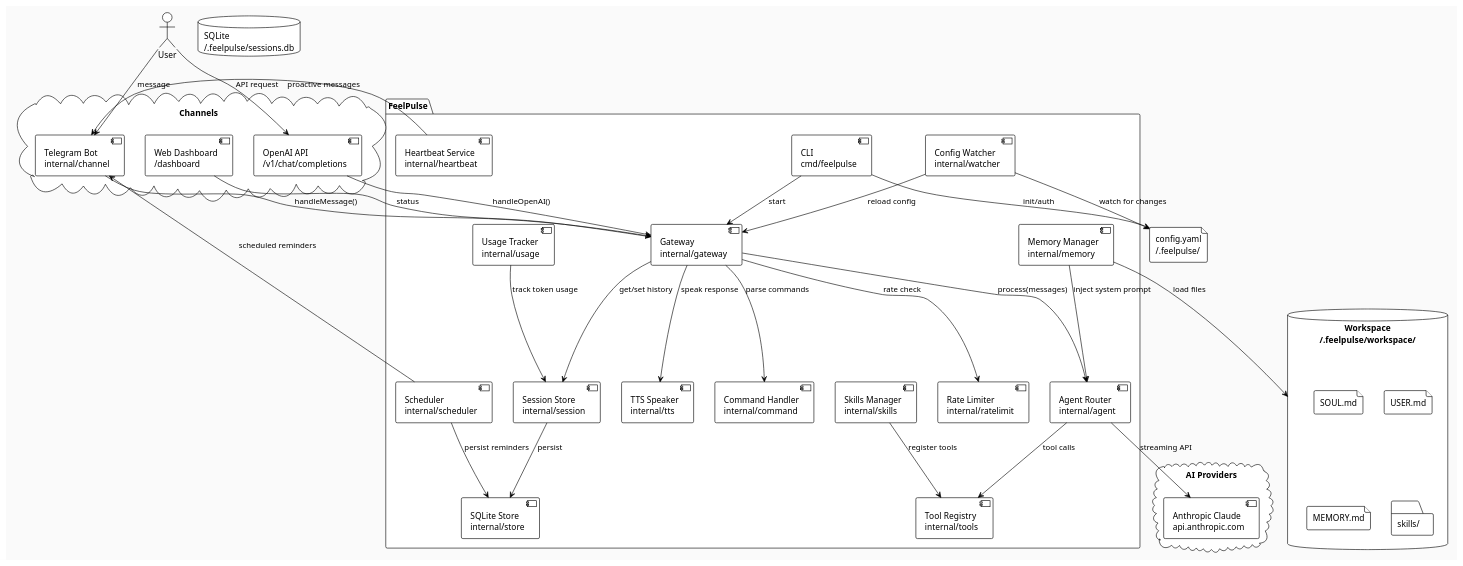
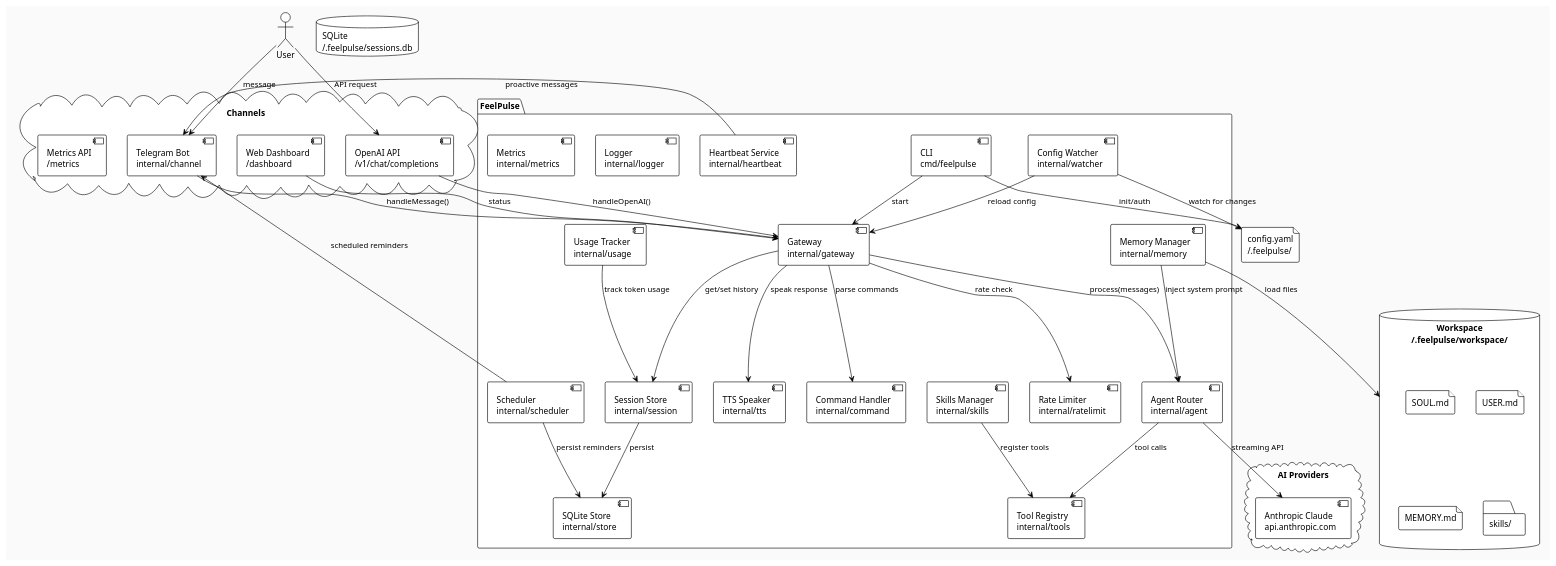
Before and after one commit to FeelPulse/feelpulse: the first of 13 diagrams in docs/architecture.md, drawn with PlantUML. The commit also changed other lines of this file and 1 other file, not shown here.

First line of the commit message:
docs: update architecture docs with Round 4 features

````diff
--- a/docs/architecture.md
+++ b/docs/architecture.md
@@ -9,74 +11,77 @@
 ```plantuml
 @startuml overview
 !theme plain
 skinparam backgroundColor #FAFAFA
 skinparam defaultFontName monospace
 
 actor User
 package "FeelPulse" {
   component [CLI\ncmd/feelpulse] as CLI
   component [Gateway\ninternal/gateway] as GW
   component [Agent Router\ninternal/agent] as AR
   component [Session Store\ninternal/session] as SS
   component [Memory Manager\ninternal/memory] as MM
   component [Command Handler\ninternal/command] as CH
   component [Scheduler\ninternal/scheduler] as SC
   component [Tool Registry\ninternal/tools] as TR
   component [Skills Manager\ninternal/skills] as SK
   component [Usage Tracker\ninternal/usage] as UT
   component [Config Watcher\ninternal/watcher] as CW
   component [Heartbeat Service\ninternal/heartbeat] as HB
   component [Rate Limiter\ninternal/ratelimit] as RL
   component [TTS Speaker\ninternal/tts] as TTS
   component [SQLite Store\ninternal/store] as DB
+  component [Logger\ninternal/logger] as LOG
+  component [Metrics\ninternal/metrics] as MET
 }
 
 cloud "Channels" {
   component [Telegram Bot\ninternal/channel] as TG
   component [Web Dashboard\n/dashboard] as DASH
   component [OpenAI API\n/v1/chat/completions] as OAI
+  component [Metrics API\n/metrics] as PROM
 }
 
 cloud "AI Providers" {
   component [Anthropic Claude\napi.anthropic.com] as ANT
 }
 
 database "SQLite\n~/.feelpulse/sessions.db" as SQL
 
 database "Workspace\n~/.feelpulse/workspace/" as WS {
   file "SOUL.md"
   file "USER.md"
   file "MEMORY.md"
   folder "skills/"
 }
 
 file "config.yaml\n~/.feelpulse/" as CFG
 
 User --> TG : message
 User --> OAI : API request
 TG --> GW : handleMessage()
 OAI --> GW : handleOpenAI()
 GW --> RL : rate check
 GW --> CH : parse commands
 GW --> SS : get/set history
 SS --> DB : persist
 GW --> AR : process(messages)
 AR --> ANT : streaming API
 AR --> TR : tool calls
 SK --> TR : register tools
 MM --> WS : load files
 MM --> AR : inject system prompt
 SC --> DB : persist reminders
 SC --> TG : scheduled reminders
 HB --> TG : proactive messages
 CW --> CFG : watch for changes
 CW --> GW : reload config
 UT --> SS : track token usage
 GW --> TTS : speak response
 DASH --> GW : status
 
 CLI --> GW : start
 CLI --> CFG : init/auth
 
 @enduml
 ```
````
